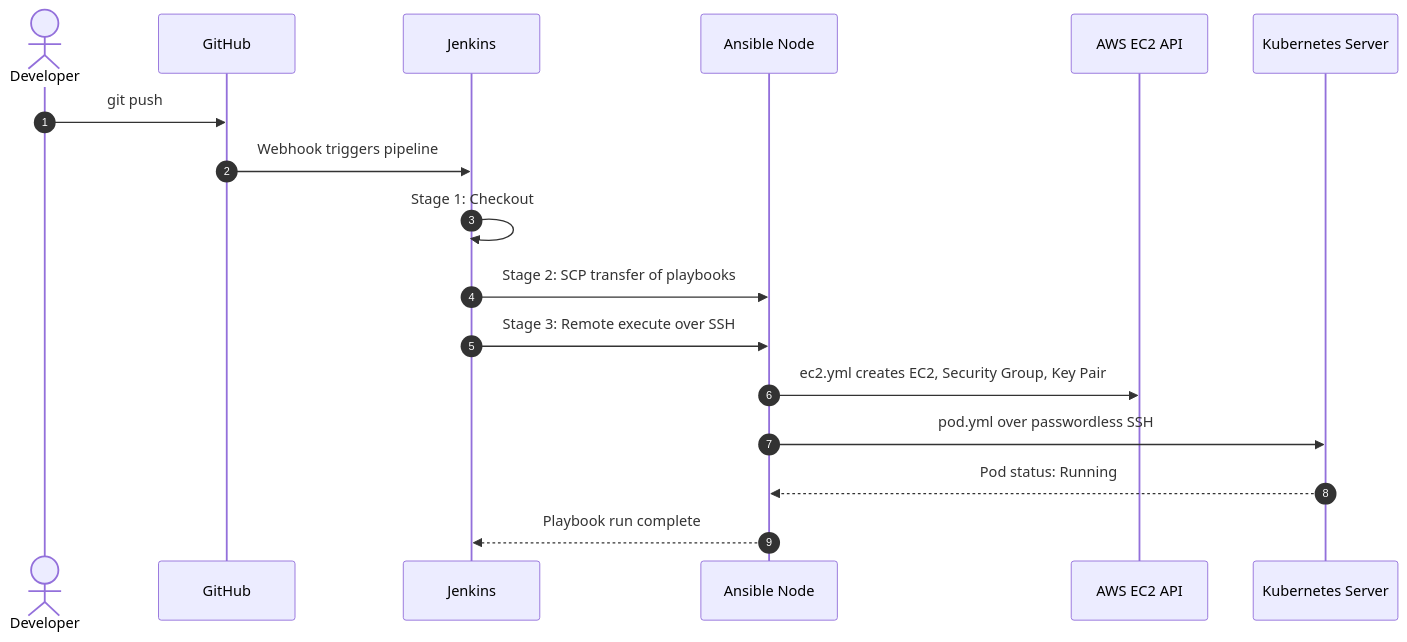
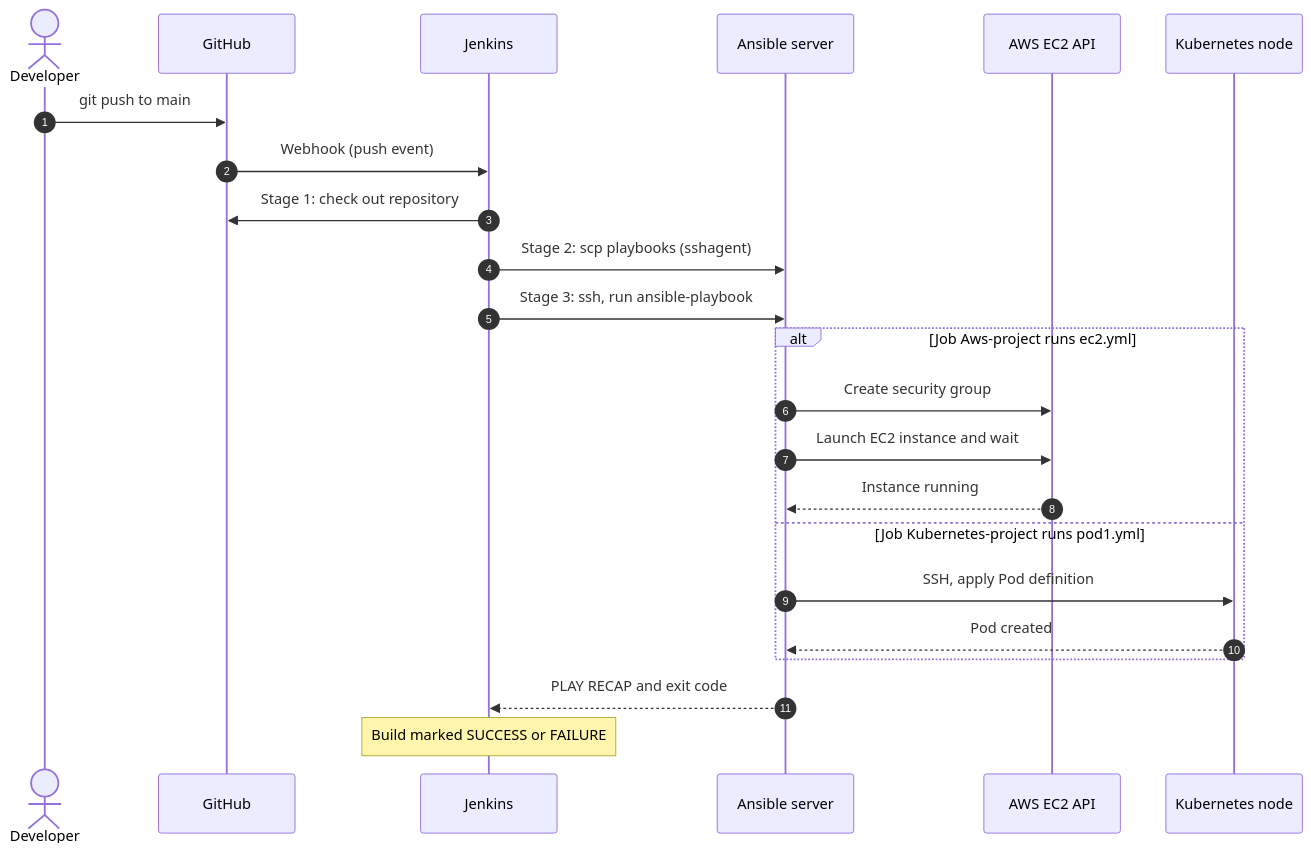
The sixth of 9 diagrams in README.md (PushpenderKumar7505/PushpenderKumar7505), drawn with Mermaid before and after one commit. The commit also changed other lines of this file, not shown here.

````diff
--- a/README.md
+++ b/README.md
@@ -155,20 +213,26 @@
 ```mermaid
 sequenceDiagram
     autonumber
     actor Dev as Developer
     participant GH as GitHub
     participant J as Jenkins
-    participant A as Ansible Node
+    participant A as Ansible server
     participant AWS as AWS EC2 API
-    participant K as Kubernetes Server
+    participant K as Kubernetes node
 
-    Dev->>GH: git push
-    GH->>J: Webhook triggers pipeline
-    J->>J: Stage 1: Checkout
-    J->>A: Stage 2: SCP transfer of playbooks
-    J->>A: Stage 3: Remote execute over SSH
-    A->>AWS: ec2.yml creates EC2, Security Group, Key Pair
-    A->>K: pod.yml over passwordless SSH
-    K-->>A: Pod status: Running
-    A-->>J: Playbook run complete
+    Dev->>GH: git push to main
+    GH->>J: Webhook (push event)
+    J->>GH: Stage 1: check out repository
+    J->>A: Stage 2: scp playbooks (sshagent)
+    J->>A: Stage 3: ssh, run ansible-playbook
+    alt Job Aws-project runs ec2.yml
+        A->>AWS: Create security group
+        A->>AWS: Launch EC2 instance and wait
+        AWS-->>A: Instance running
+    else Job Kubernetes-project runs pod1.yml
+        A->>K: SSH, apply Pod definition
+        K-->>A: Pod created
+    end
+    A-->>J: PLAY RECAP and exit code
+    Note over J: Build marked SUCCESS or FAILURE
 ```
````
